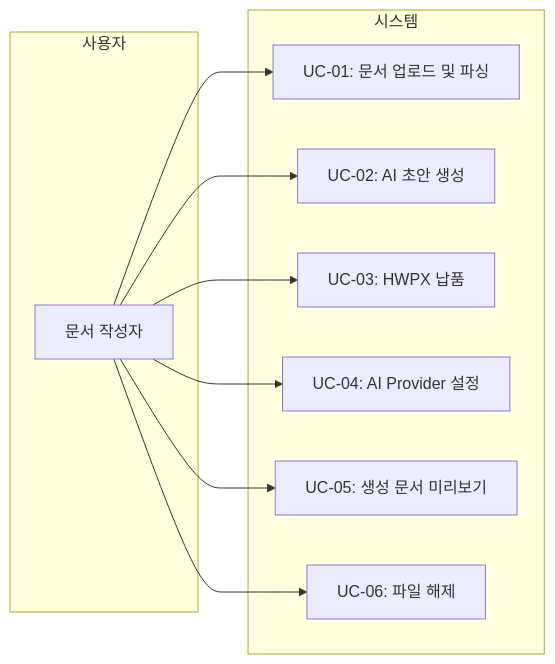
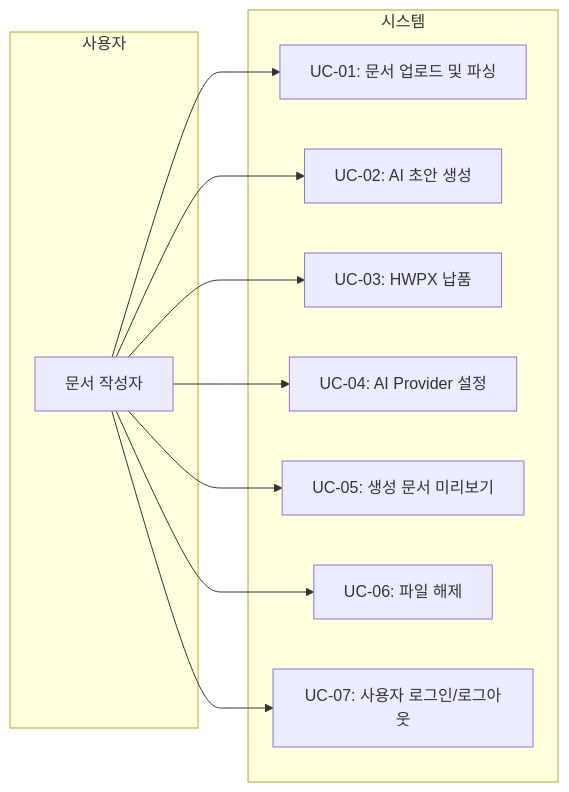
The diagram in docs/waterfall-hwpx-demo/01-요구사항분석/유스케이스명세서.md (younghai/AI_hwp), drawn with Mermaid before and after one commit. The commit also changed other lines of this file and 19 other files, not shown here.

````diff
--- a/docs/waterfall-hwpx-demo/01-요구사항분석/유스케이스명세서.md
+++ b/docs/waterfall-hwpx-demo/01-요구사항분석/유스케이스명세서.md
@@ -16,20 +16,22 @@
 ```mermaid
 flowchart LR
     subgraph 사용자
         U[문서 작성자]
     end
     subgraph 시스템
         UC1[UC-01: 문서 업로드 및 파싱]
         UC2[UC-02: AI 초안 생성]
         UC3[UC-03: HWPX 납품]
         UC4[UC-04: AI Provider 설정]
         UC5[UC-05: 생성 문서 미리보기]
         UC6[UC-06: 파일 해제]
+        UC7[UC-07: 사용자 로그인/로그아웃]
     end
     U --> UC1
     U --> UC2
     U --> UC3
     U --> UC4
     U --> UC5
     U --> UC6
+    U --> UC7
 ```
````
